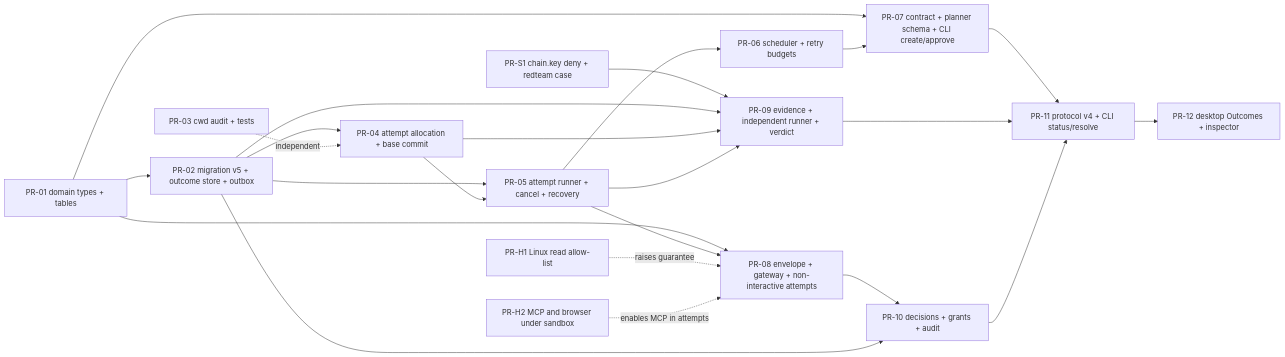
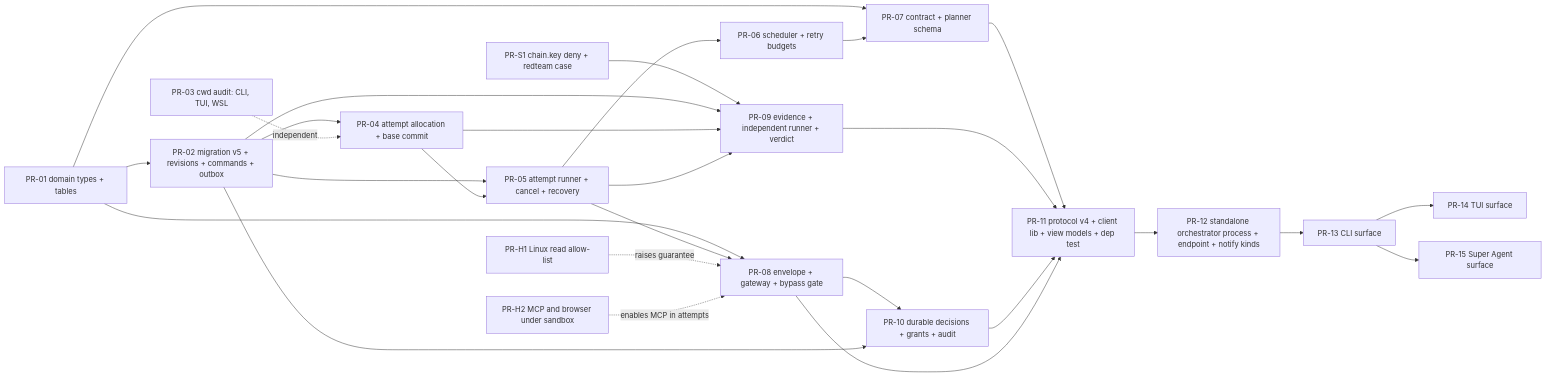
One commit to DevOnChain101/synthesis changed the diagram in docs/architecture/outcome-orchestration-plan.md. Above: the diagram before and after it, drawn with Mermaid. The commit also changed other lines of this file and 10 other files, not shown here.

First line of the commit message:
docs: orchestration review package rev 2, three surfaces (CLI, TUI, Super Agent)

````diff
--- a/docs/architecture/outcome-orchestration-plan.md
+++ b/docs/architecture/outcome-orchestration-plan.md
@@ -23,40 +30,47 @@
 ```mermaid
 flowchart LR
   S1[PR-S1 chain.key deny + redteam case]
   P01[PR-01 domain types + tables]
-  P02[PR-02 migration v5 + outcome store + outbox]
-  P03[PR-03 cwd audit + tests]
+  P02[PR-02 migration v5 + revisions + commands + outbox]
+  P03[PR-03 cwd audit: CLI, TUI, WSL]
   P04[PR-04 attempt allocation + base commit]
   P05[PR-05 attempt runner + cancel + recovery]
   P06[PR-06 scheduler + retry budgets]
-  P07[PR-07 contract + planner schema + CLI create/approve]
-  P08[PR-08 envelope + gateway + non-interactive attempts]
+  P07[PR-07 contract + planner schema]
+  P08[PR-08 envelope + gateway + bypass gate]
   P09[PR-09 evidence + independent runner + verdict]
-  P10[PR-10 decisions + grants + audit]
-  P11[PR-11 protocol v4 + CLI status/resolve]
-  P12[PR-12 desktop Outcomes + inspector]
+  P10[PR-10 durable decisions + grants + audit]
+  P11[PR-11 protocol v4 + client lib + view models + dep test]
+  P12[PR-12 standalone orchestrator process + endpoint + notify kinds]
+  P13[PR-13 CLI surface]
+  P14[PR-14 TUI surface]
+  P15[PR-15 Super Agent surface]
   H1[PR-H1 Linux read allow-list]
   H2[PR-H2 MCP and browser under sandbox]
   S1 --> P09
   P01 --> P02
   P02 --> P04
   P02 --> P05
   P04 --> P05
   P05 --> P06
   P01 --> P07
   P06 --> P07
   P01 --> P08
   P05 --> P08
   P02 --> P09
   P04 --> P09
   P05 --> P09
   P08 --> P10
   P02 --> P10
   P07 --> P11
   P09 --> P11
   P10 --> P11
+  P08 --> P11
   P11 --> P12
+  P12 --> P13
+  P13 --> P14
+  P13 --> P15
   P03 -.independent.-> P04
   H1 -.raises guarantee.-> P08
   H2 -.enables MCP in attempts.-> P08
 ```
````
